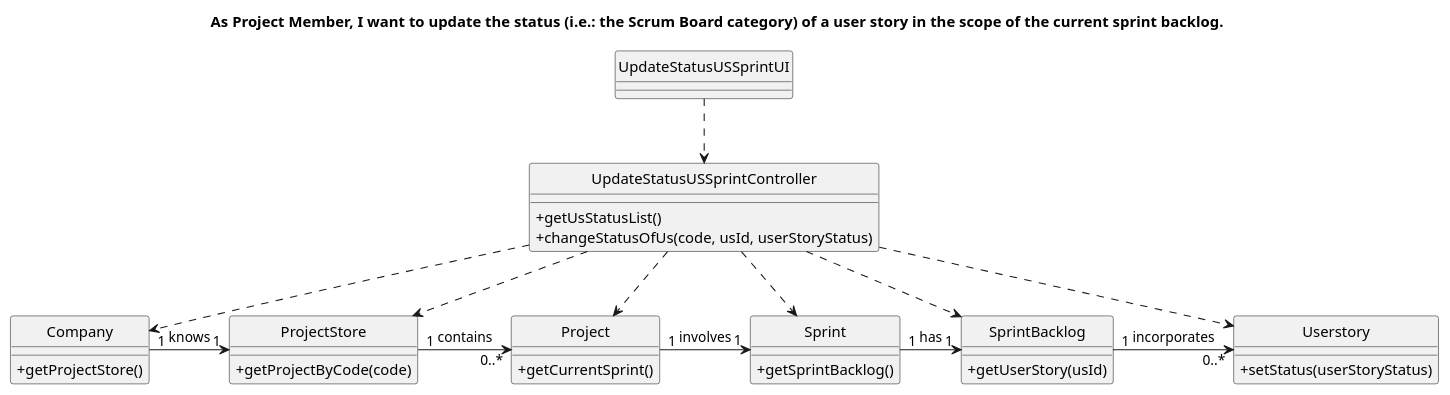
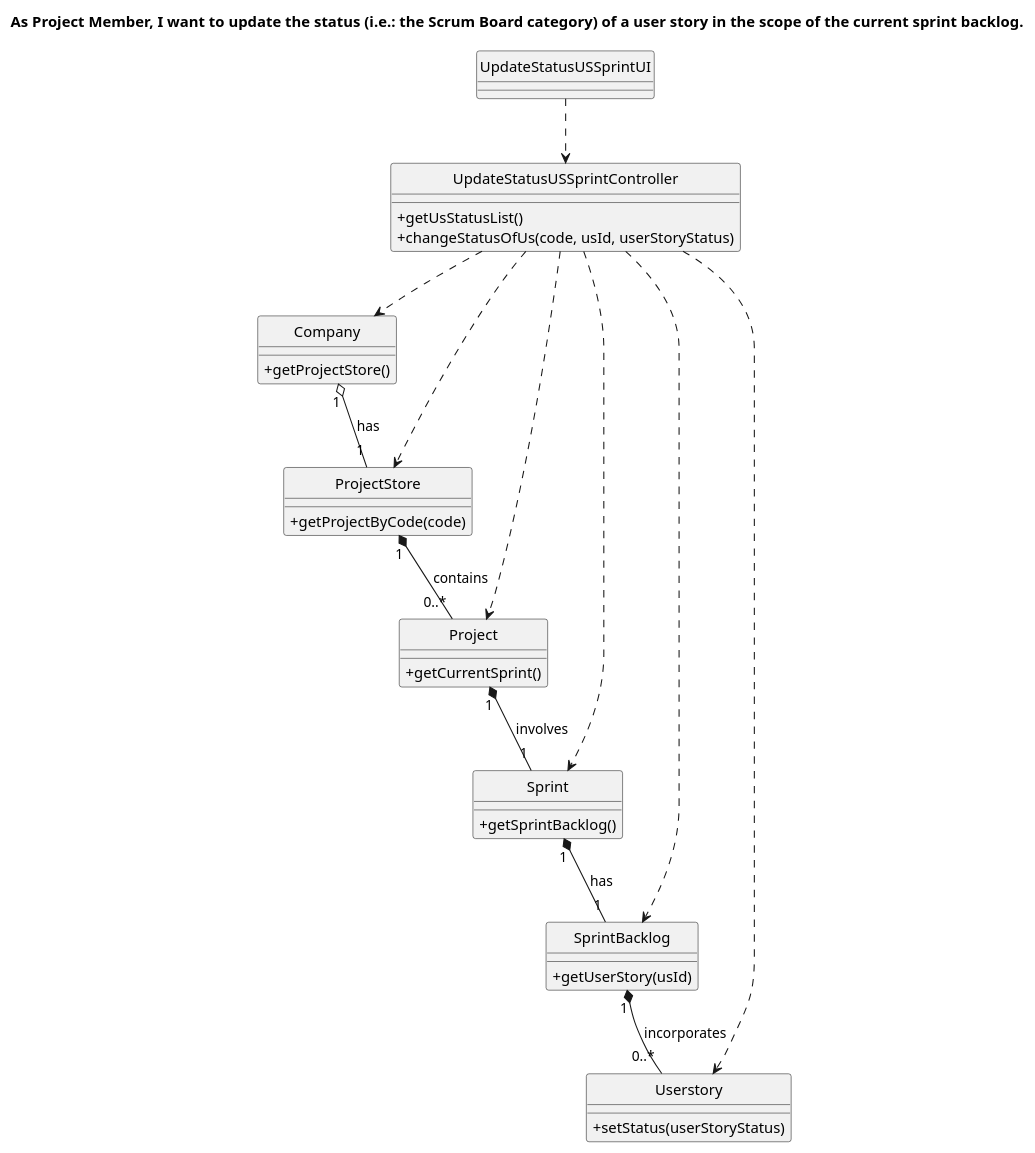
Before and after one commit to nunogon1211787/projectManagement: the diagram in docs/Sprint3/US034/US034-CD.puml, drawn with PlantUML. The commit also changed 1 other file, not shown here.

```diff
--- a/docs/Sprint3/US034/US034-CD.puml
+++ b/docs/Sprint3/US034/US034-CD.puml
@@ -1,68 +1,73 @@
 @startuml
 'https://plantuml.com/class-diagram
 
 hide circle
 skinparam classAttributeIconSize 0
 
 title As Project Member, I want to update the status (i.e.: the Scrum Board category) of a user story in the scope of the current sprint backlog.
 
 class UpdateStatusUSSprintUI {
 }
 
 class UpdateStatusUSSprintController {
     +getUsStatusList()
     +changeStatusOfUs(code, usId, userStoryStatus)
 }
 
 class Company {
     +getProjectStore()
 }
 
 class ProjectStore {
     +getProjectByCode(code)
 }
 
 class Project {
     +getCurrentSprint()
 }
 
 class Sprint {
     +getSprintBacklog()
 }
 
 class SprintBacklog {
     +getUserStory(usId)
 }
 
 class Userstory {
     +setStatus(userStoryStatus)
 }
 
 
 
 UpdateStatusUSSprintUI ..> UpdateStatusUSSprintController
 
 UpdateStatusUSSprintController ..> Company
 
 UpdateStatusUSSprintController ..> ProjectStore
 
 UpdateStatusUSSprintController ..> Project
 
 UpdateStatusUSSprintController ..> Sprint
 
 UpdateStatusUSSprintController ..> SprintBacklog
 
 UpdateStatusUSSprintController ..> Userstory
 
-Company "1" -> "1" ProjectStore: knows
 
-ProjectStore "1" -> "0..*" Project: contains
 
-Project "1" -> "1" Sprint: involves
+Company "1" o-- "1" ProjectStore: has
 
-Sprint "1" -> "1" SprintBacklog: has
+ProjectStore "1" *-- "0..*" Project: contains
 
-SprintBacklog "1" -> "0..*" Userstory: incorporates
+Project "1" *-- "1" Sprint: involves
+
+Sprint "1" *-- "1" SprintBacklog: has
+
+SprintBacklog "1" *-- "0..*" Userstory: incorporates
+
+
+
 
 
 @enduml
```
